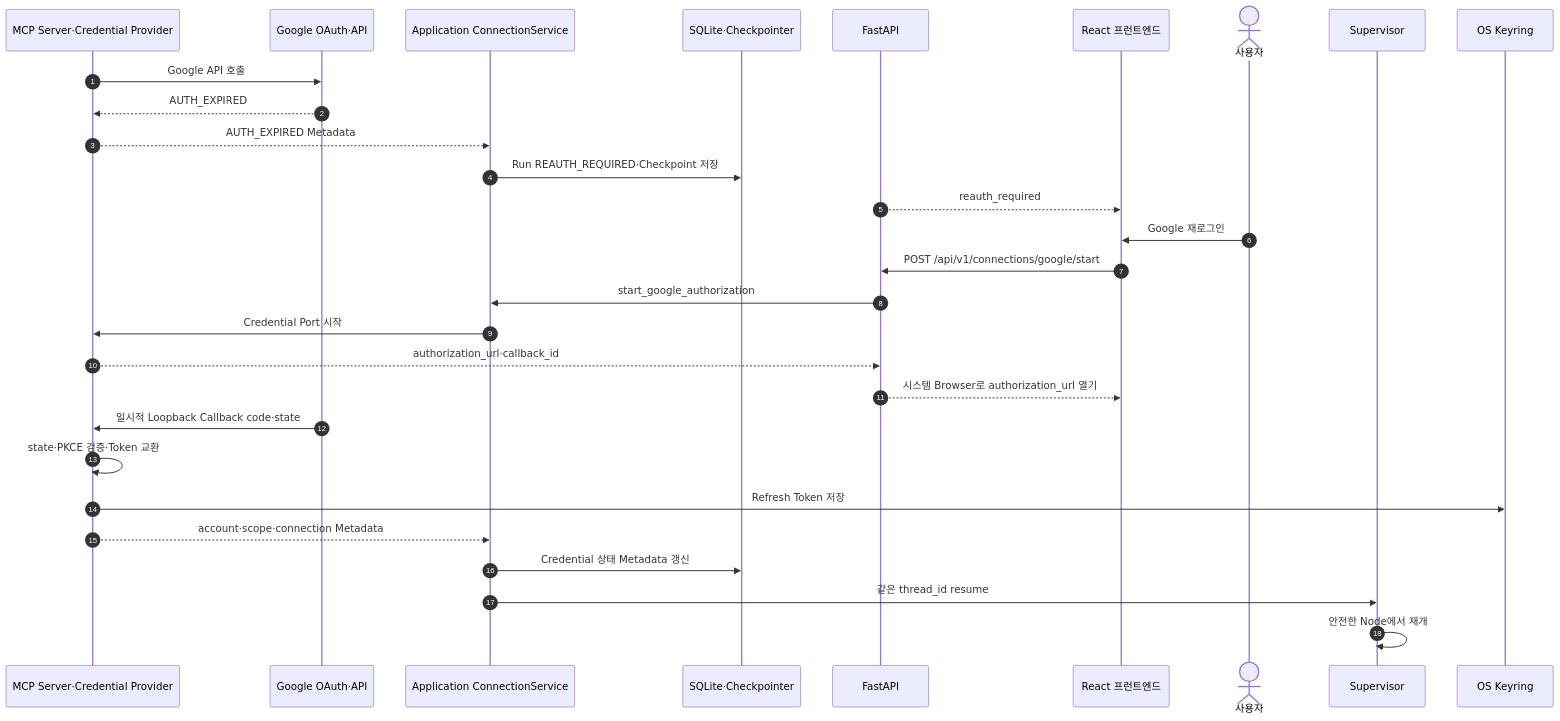
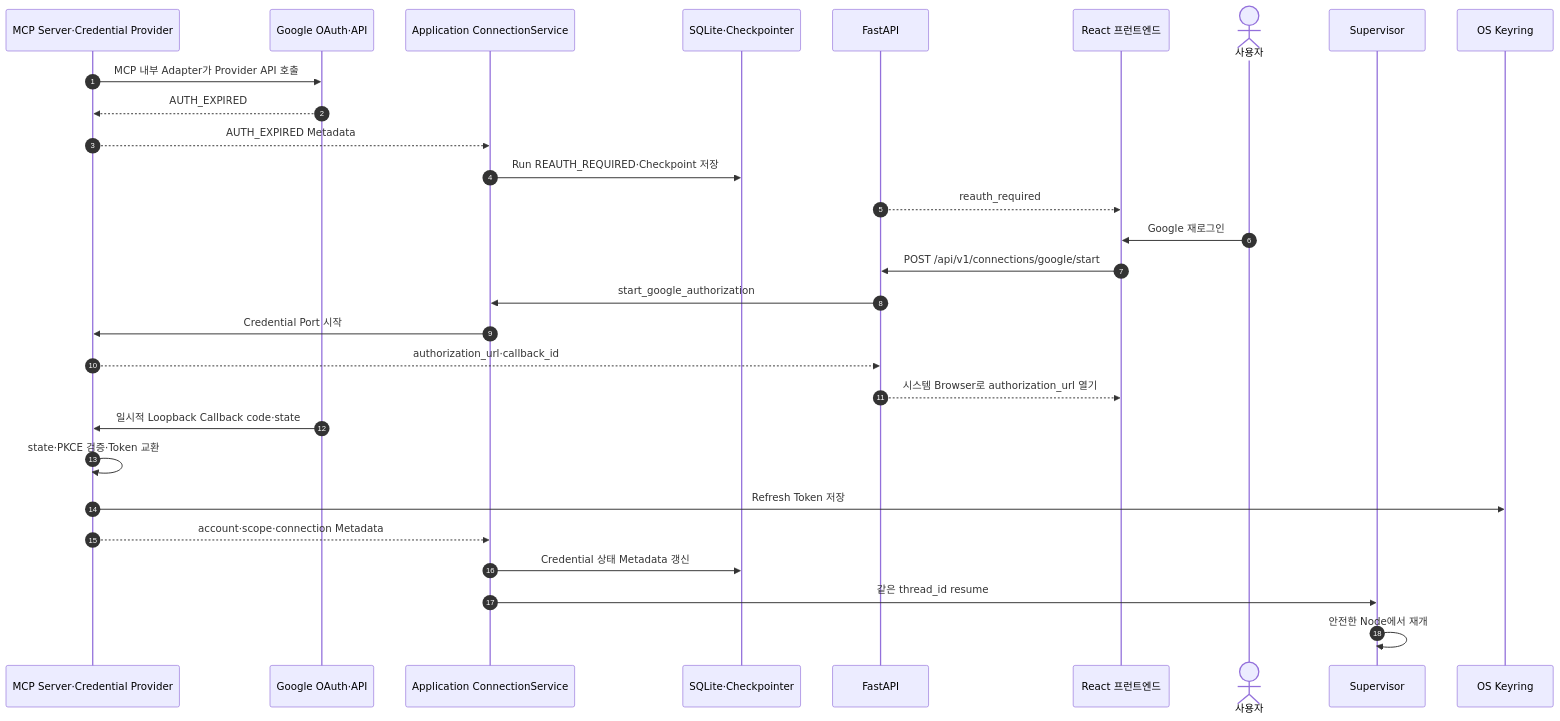
One commit to solar-ai-dev/google-work-agent changed diagram 14 of 20 in docs/08-sequence-design.md. Above: the diagram before and after it, drawn with Mermaid. The commit also changed other lines of this file and 22 other files, not shown here.

````diff
--- a/docs/08-sequence-design.md
+++ b/docs/08-sequence-design.md
@@ -664,32 +759,32 @@
 ```mermaid
 sequenceDiagram
     autonumber
     participant MCP as MCP Server·Credential Provider
     participant G as Google OAuth·API
     participant APP as Application ConnectionService
     participant DB as SQLite·Checkpointer
     participant API as FastAPI
     participant FE as React 프런트엔드
     actor U as 사용자
     participant SUP as Supervisor
     participant K as OS Keyring
 
-    MCP->>G: Google API 호출
+    MCP->>G: MCP 내부 Adapter가 Provider API 호출
     G-->>MCP: AUTH_EXPIRED
     MCP-->>APP: AUTH_EXPIRED Metadata
     APP->>DB: Run REAUTH_REQUIRED·Checkpoint 저장
     API-->>FE: reauth_required
     U->>FE: Google 재로그인
     FE->>API: POST /api/v1/connections/google/start
     API->>APP: start_google_authorization
     APP->>MCP: Credential Port 시작
     MCP-->>API: authorization_url·callback_id
     API-->>FE: 시스템 Browser로 authorization_url 열기
     G->>MCP: 일시적 Loopback Callback code·state
     MCP->>MCP: state·PKCE 검증·Token 교환
     MCP->>K: Refresh Token 저장
     MCP-->>APP: account·scope·connection Metadata
     APP->>DB: Credential 상태 Metadata 갱신
     APP->>SUP: 같은 thread_id resume
     SUP->>SUP: 안전한 Node에서 재개
 ```
````
